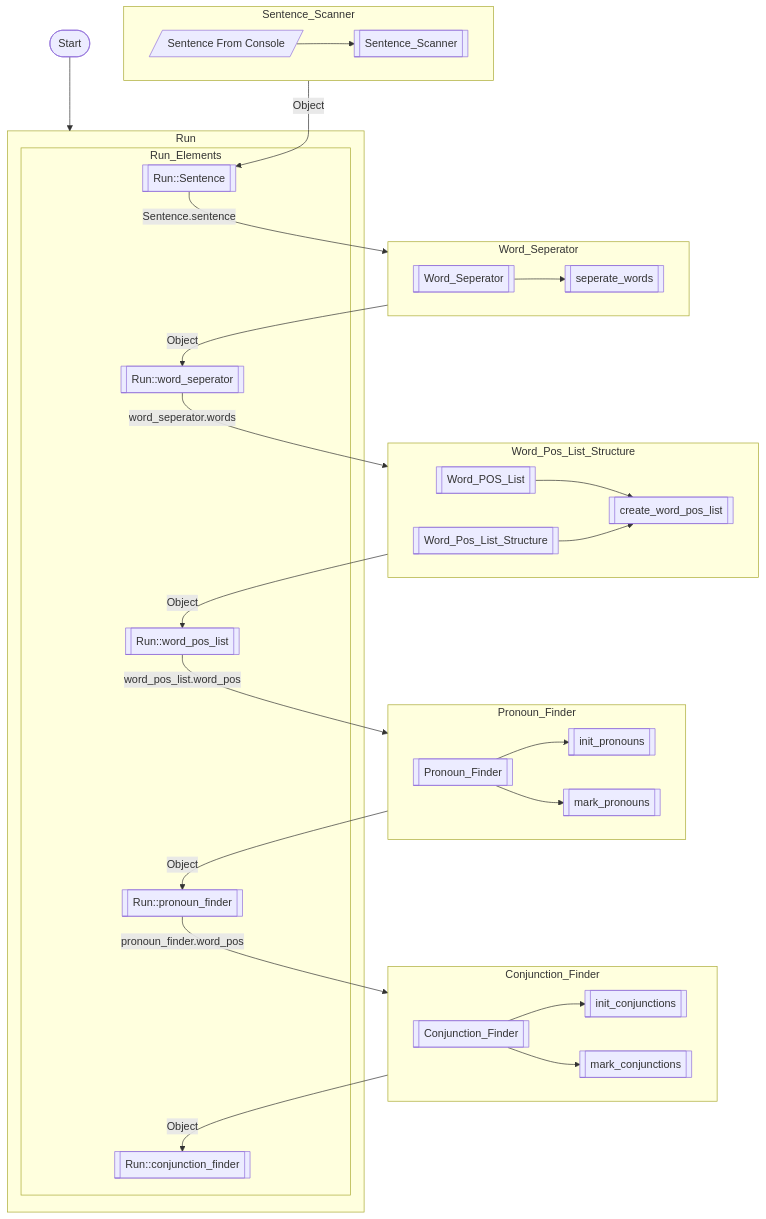
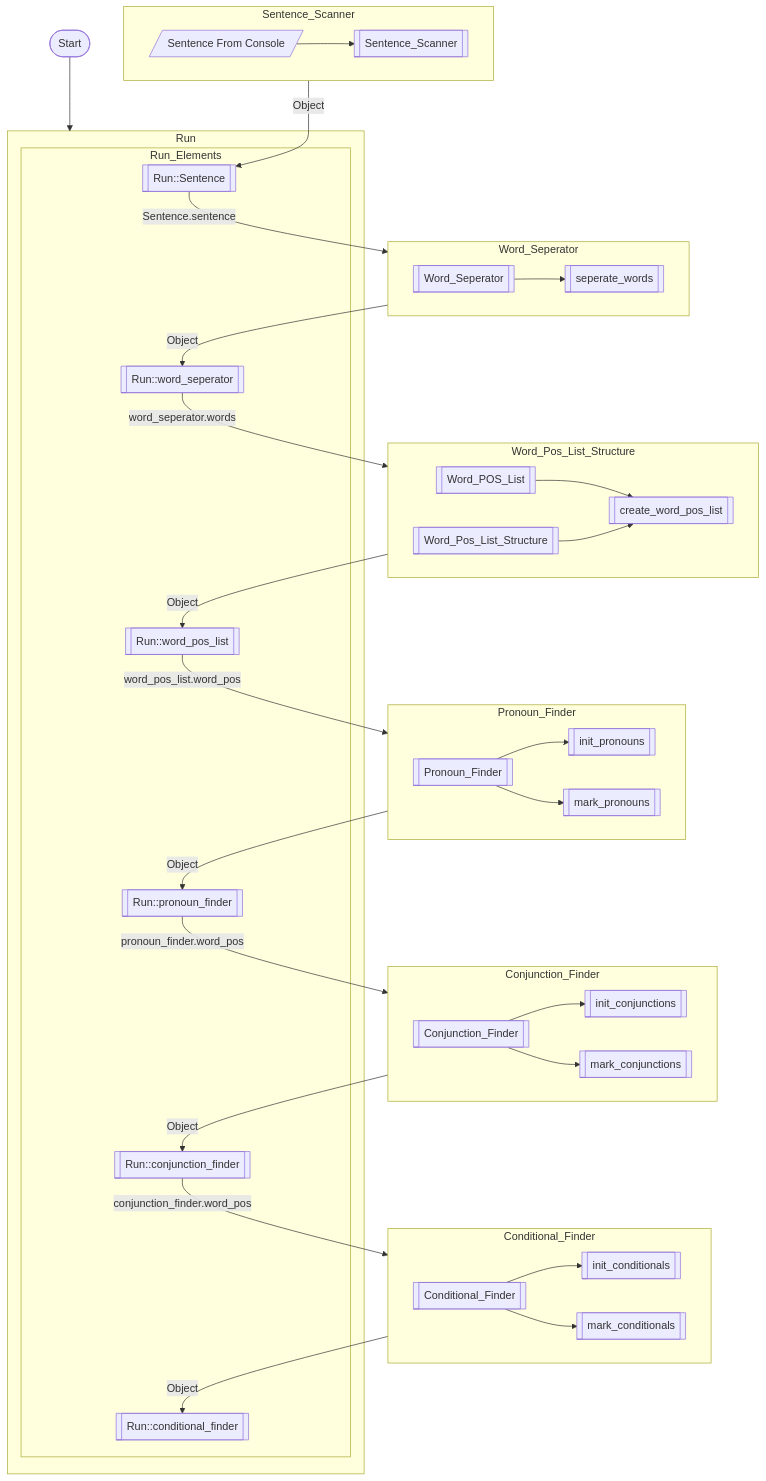
One commit to masnm/POS-tagging changed the second of 2 diagrams in src/README.md. Above: the diagram before and after it, drawn with Mermaid. The commit also changed other lines of this file, not shown here.

````diff
--- a/src/README.md
+++ b/src/README.md
@@ -96,62 +96,73 @@
 ```mermaid
 flowchart TD
 	ST([Start])
 
 	subgraph Sentence_Scanner
 		B[/Sentence From Console/]
 		C[[Sentence_Scanner]]
 		B --> C
 	end
 	
 	subgraph Word_Seperator
 		D[[Word_Seperator]]
 		D0[[seperate_words]]
 		D --> D0
 	end
 
 	subgraph Word_Pos_List_Structure
 		E[[Word_Pos_List_Structure]]
 		E0[[create_word_pos_list]]
 		E1[[Word_POS_List]]
 		E1 --> E0
 		E --> E0
 	end
 
 	subgraph Pronoun_Finder
 		F[[Pronoun_Finder]]
 		F0[[init_pronouns]]
 		F1[[mark_pronouns]]
 		F --> F0
 		F --> F1
 	end
 
 	subgraph Conjunction_Finder
 		G[[Conjunction_Finder]]
 		G0[[init_conjunctions]]
 		G1[[mark_conjunctions]]
 		G --> G0
 		G --> G1
 	end
 
+	subgraph Conditional_Finder
+		H[[Conditional_Finder]]
+		H0[[init_conditionals]]
+		H1[[mark_conditionals]]
+		H --> H0
+		H --> H1
+	end
+
 	subgraph Run
 		subgraph Run_Elements
 			AA[[Run::Sentence]]
 			AB[[Run::word_seperator]]
 			AC[[Run::word_pos_list]]
 			AD[[Run::pronoun_finder]]
 			AE[[Run::conjunction_finder]]
+			AF[[Run::conditional_finder]]
 		end
 	end
 
 	ST --> Run
 
 	Sentence_Scanner -- Object --> AA
 	AA -- Sentence.sentence --> Word_Seperator
 	Word_Seperator -- Object --> AB
 	AB -- word_seperator.words --> Word_Pos_List_Structure
 	Word_Pos_List_Structure -- Object --> AC
 	AC -- word_pos_list.word_pos --> Pronoun_Finder
 	Pronoun_Finder -- Object --> AD
 	AD -- pronoun_finder.word_pos --> Conjunction_Finder
 	Conjunction_Finder -- Object --> AE
+	AE -- conjunction_finder.word_pos --> Conditional_Finder
+	Conditional_Finder -- Object --> AF
 ```
````
